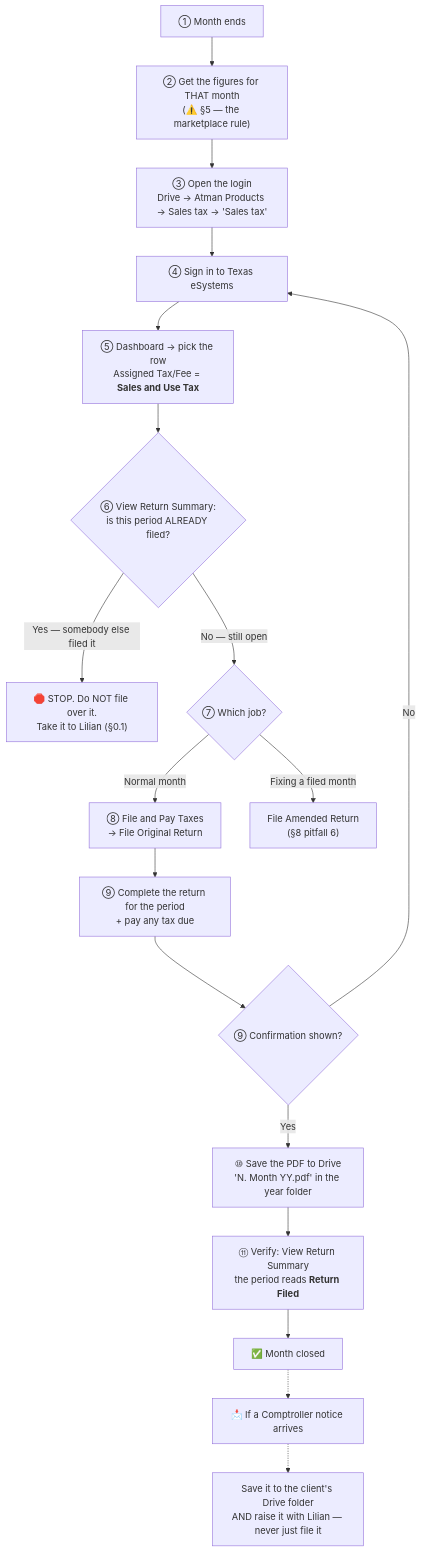
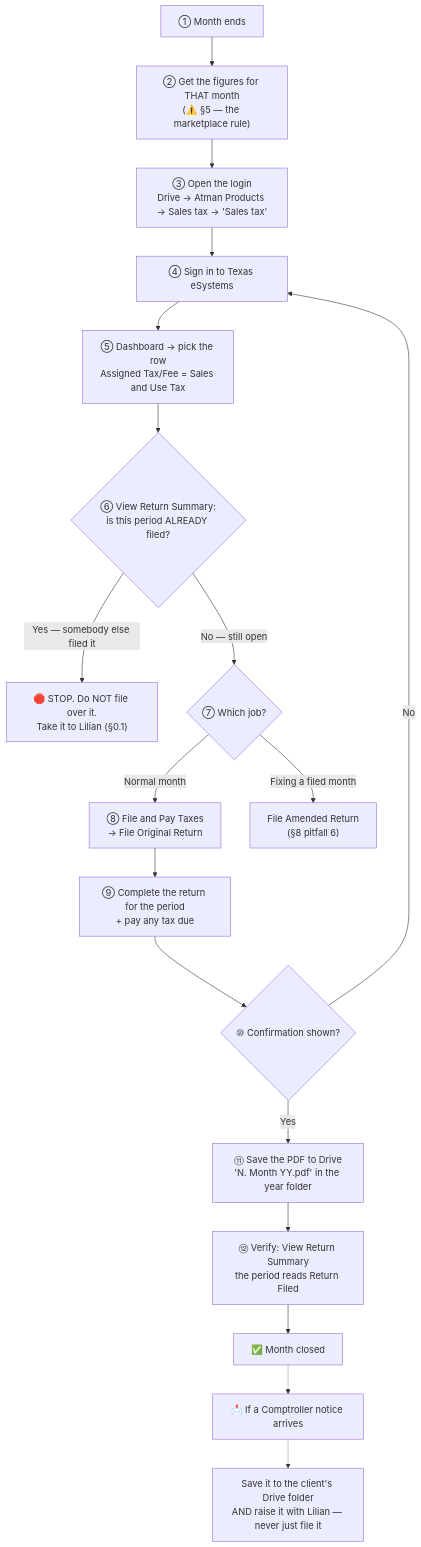
One commit to JuliaJKAcct/JKAccountingGroup changed the diagram in projects/sops/atman-parts-tx-sales-tax.md. Above: the diagram before and after it, drawn with Mermaid. The commit also changed other lines of this file and 7 other files, not shown here.

````diff
--- a/projects/sops/atman-parts-tx-sales-tax.md
+++ b/projects/sops/atman-parts-tx-sales-tax.md
@@ -33,20 +33,20 @@
 ```mermaid
 flowchart TD
   A["① Month ends"] --> B["② Get the figures for THAT month<br/>(⚠️ §5 — the marketplace rule)"]
   B --> C["③ Open the login<br/>Drive → Atman Products → Sales tax → 'Sales tax'"]
   C --> D["④ Sign in to Texas eSystems"]
-  D --> E["⑤ Dashboard → pick the row<br/>Assigned Tax/Fee = <b>Sales and Use Tax</b>"]
+  D --> E["⑤ Dashboard → pick the row<br/>Assigned Tax/Fee = Sales and Use Tax"]
   E --> Z{"⑥ View Return Summary:<br/>is this period ALREADY filed?"}
   Z -- "Yes — somebody else filed it" --> Y["🛑 STOP. Do NOT file over it.<br/>Take it to Lilian (§0.1)"]
   Z -- "No — still open" --> F{"⑦ Which job?"}
   F -- "Normal month" --> G["⑧ File and Pay Taxes<br/>→ File Original Return"]
   F -- "Fixing a filed month" --> H["File Amended Return<br/>(§8 pitfall 6)"]
   G --> J["⑨ Complete the return for the period<br/>+ pay any tax due"]
-  J --> K{"⑨ Confirmation shown?"}
+  J --> K{"⑩ Confirmation shown?"}
   K -- "No" --> D
-  K -- "Yes" --> L["⑩ Save the PDF to Drive<br/>'N. Month YY.pdf' in the year folder"]
-  L --> M["⑪ Verify: View Return Summary<br/>the period reads <b>Return Filed</b>"]
+  K -- "Yes" --> L["⑪ Save the PDF to Drive<br/>'N. Month YY.pdf' in the year folder"]
+  L --> M["⑫ Verify: View Return Summary<br/>the period reads Return Filed"]
   M --> N["✅ Month closed"]
   N -.-> O["📩 If a Comptroller notice arrives"]
   O -.-> P["Save it to the client's Drive folder<br/>AND raise it with Lilian — never just file it"]
 ```
````
